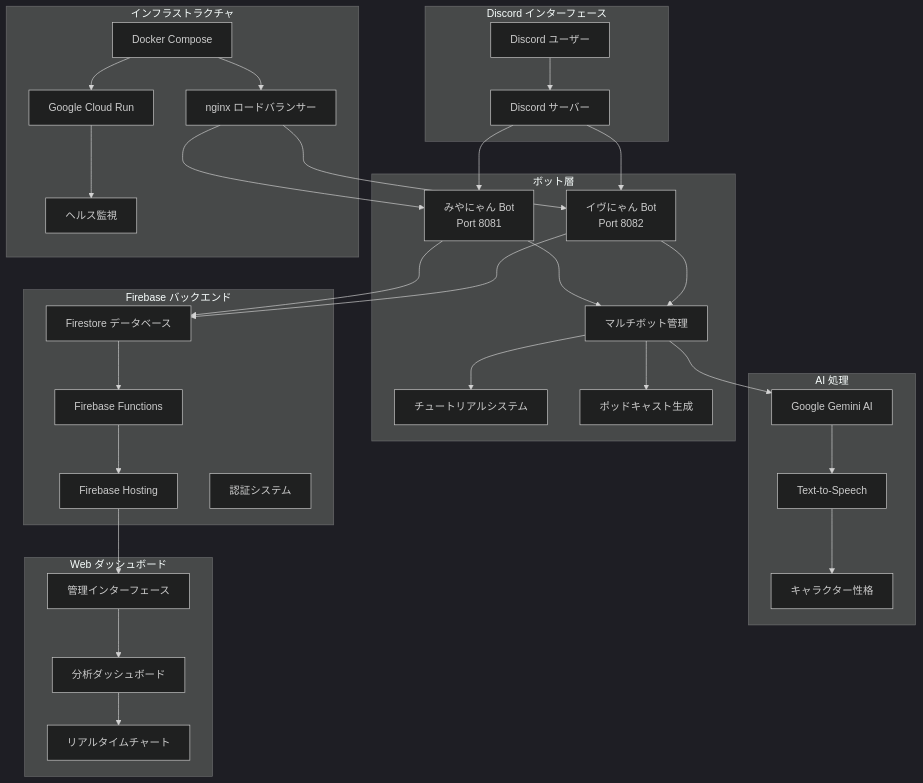
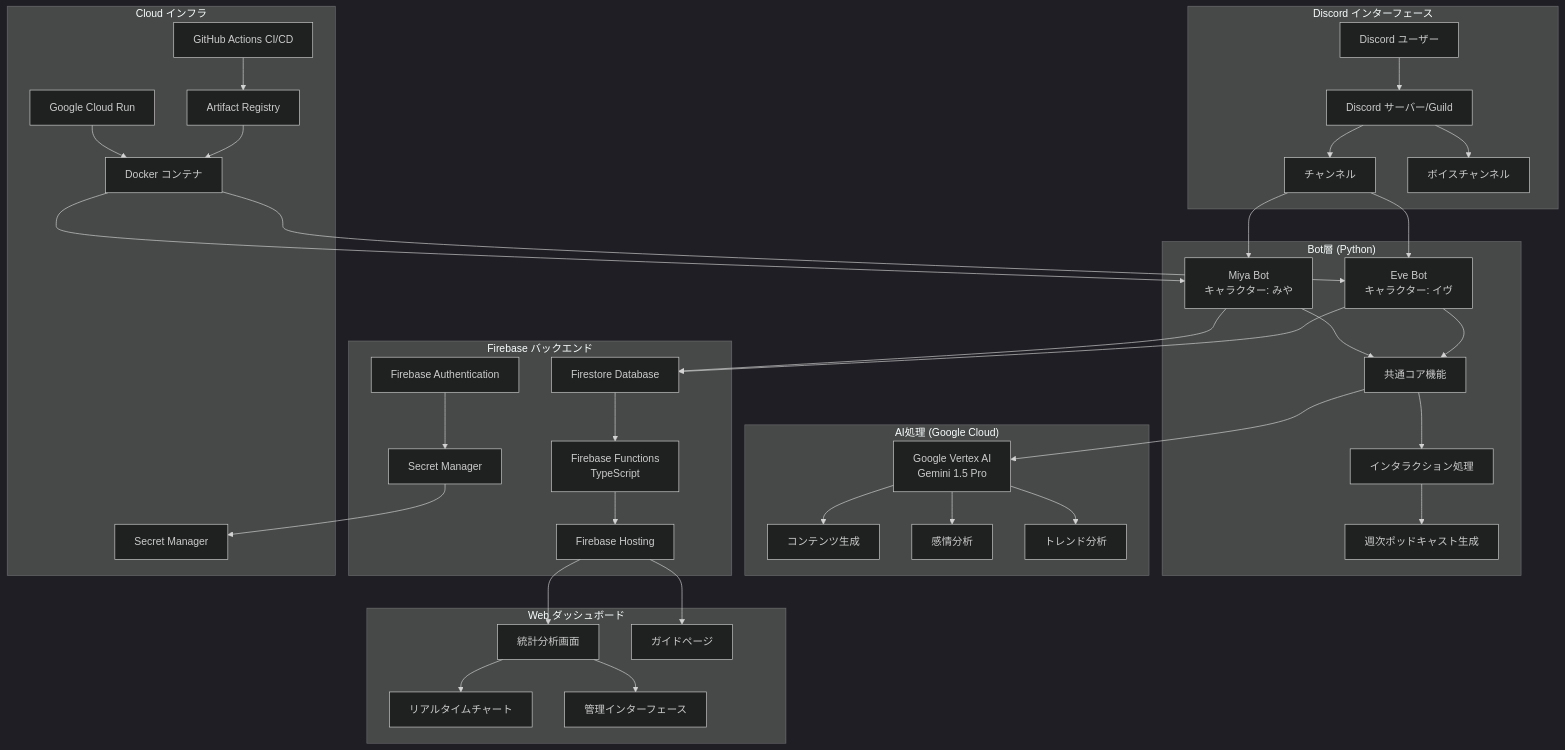
The first of 7 diagrams in system_structure.md (kozyszoo/commupro-guild), drawn with Mermaid (dark theme) before and after one commit. The commit also changed other lines of this file, not shown here.

First line of the commit message:
調査: Discord botのソース解析完了

````diff
--- a/system_structure.md
+++ b/system_structure.md
@@ -5,64 +5,76 @@
 ```mermaid
 graph TB
     subgraph "Discord インターフェース"
         A[Discord ユーザー]
-        B[Discord サーバー]
+        B[Discord サーバー/Guild]
+        B1[チャンネル]
+        B2[ボイスチャンネル]
     end
     
-    subgraph "ボット層"
-        C[みやにゃん Bot<br/>Port 8081]
-        D[イヴにゃん Bot<br/>Port 8082]
-        E[マルチボット管理]
-        F[チュートリアルシステム]
-        G[ポッドキャスト生成]
+    subgraph "Bot層 (Python)"
+        C[Miya Bot<br/>キャラクター: みや]
+        D[Eve Bot<br/>キャラクター: イヴ]
+        E[共通コア機能]
+        F[インタラクション処理]
+        G[週次ポッドキャスト生成]
     end
     
-    subgraph "AI 処理"
-        H[Google Gemini AI]
-        I[Text-to-Speech]
-        J[キャラクター性格]
+    subgraph "AI処理 (Google Cloud)"
+        H[Google Vertex AI<br/>Gemini 1.5 Pro]
+        I[コンテンツ生成]
+        J[感情分析]
+        K[トレンド分析]
     end
     
     subgraph "Firebase バックエンド"
-        K[Firestore データベース]
-        L[Firebase Functions]
-        M[Firebase Hosting]
-        N[認証システム]
+        L[Firestore Database]
+        M[Firebase Functions<br/>TypeScript]
+        N[Firebase Hosting]
+        O[Firebase Authentication]
+        P[Secret Manager]
     end
     
     subgraph "Web ダッシュボード"
-        O[管理インターフェース]
-        P[分析ダッシュボード]
-        Q[リアルタイムチャート]
+        Q[統計分析画面]
+        R[リアルタイムチャート]
+        S[管理インターフェース]
+        T[ガイドページ]
     end
     
-    subgraph "インフラストラクチャ"
-        R[Docker Compose]
-        S[nginx ロードバランサー]
-        T[Google Cloud Run]
-        U[ヘルス監視]
+    subgraph "Cloud インフラ"
+        U[Google Cloud Run]
+        V[Docker コンテナ]
+        W[Artifact Registry]
+        X[GitHub Actions CI/CD]
+        Y[Secret Manager]
     end
 
     A --> B
-    B --> C
-    B --> D
+    B --> B1
+    B --> B2
+    B1 --> C
+    B1 --> D
     C --> E
     D --> E
     E --> F
-    E --> G
+    F --> G
     E --> H
     H --> I
-    I --> J
-    C --> K
-    D --> K
-    K --> L
+    H --> J
+    H --> K
+    C --> L
+    D --> L
     L --> M
-    M --> O
+    M --> N
+    N --> Q
+    Q --> R
+    Q --> S
+    N --> T
+    U --> V
+    V --> C
+    V --> D
+    W --> V
+    X --> W
+    P --> Y
     O --> P
-    P --> Q
-    R --> S
-    S --> C
-    S --> D
-    R --> T
-    T --> U
 ```
````
